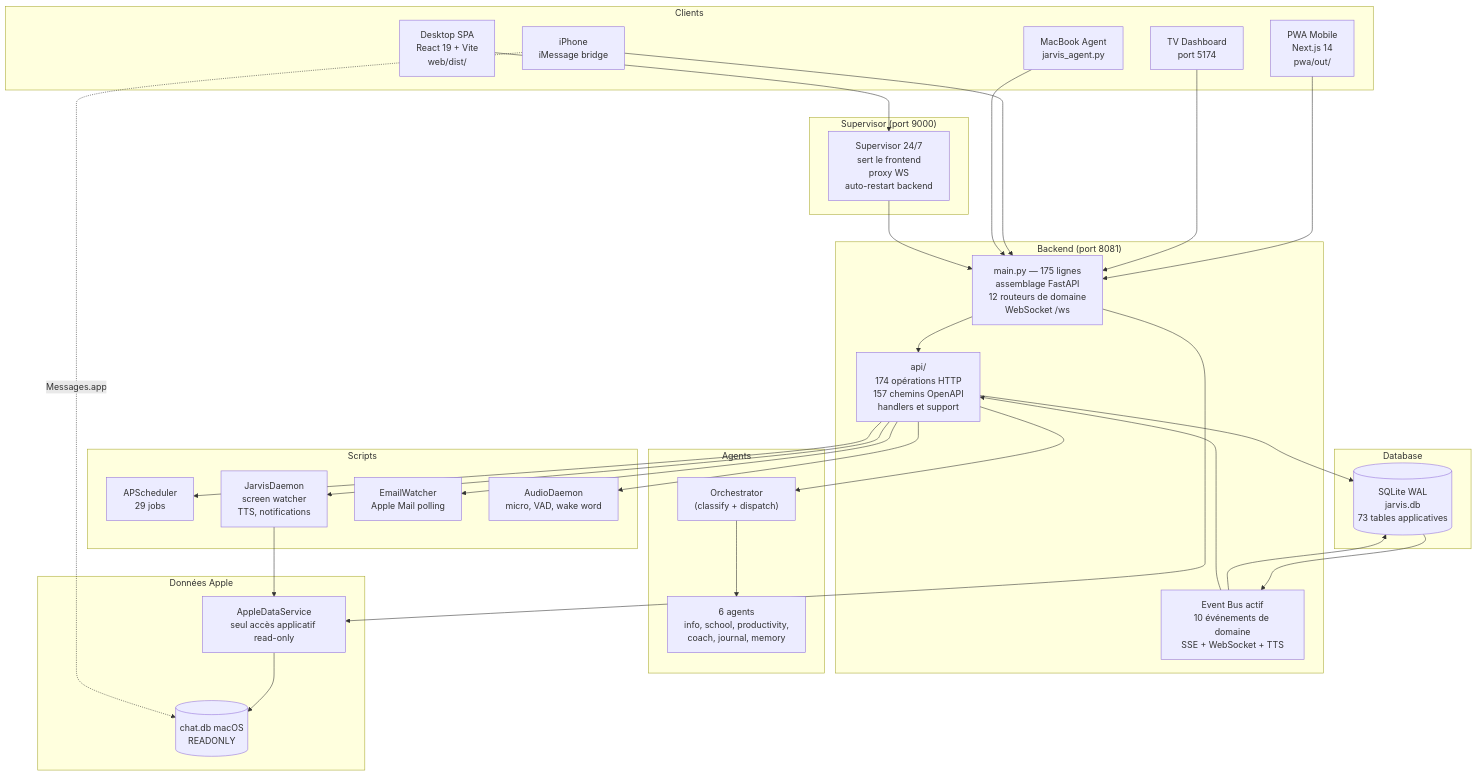
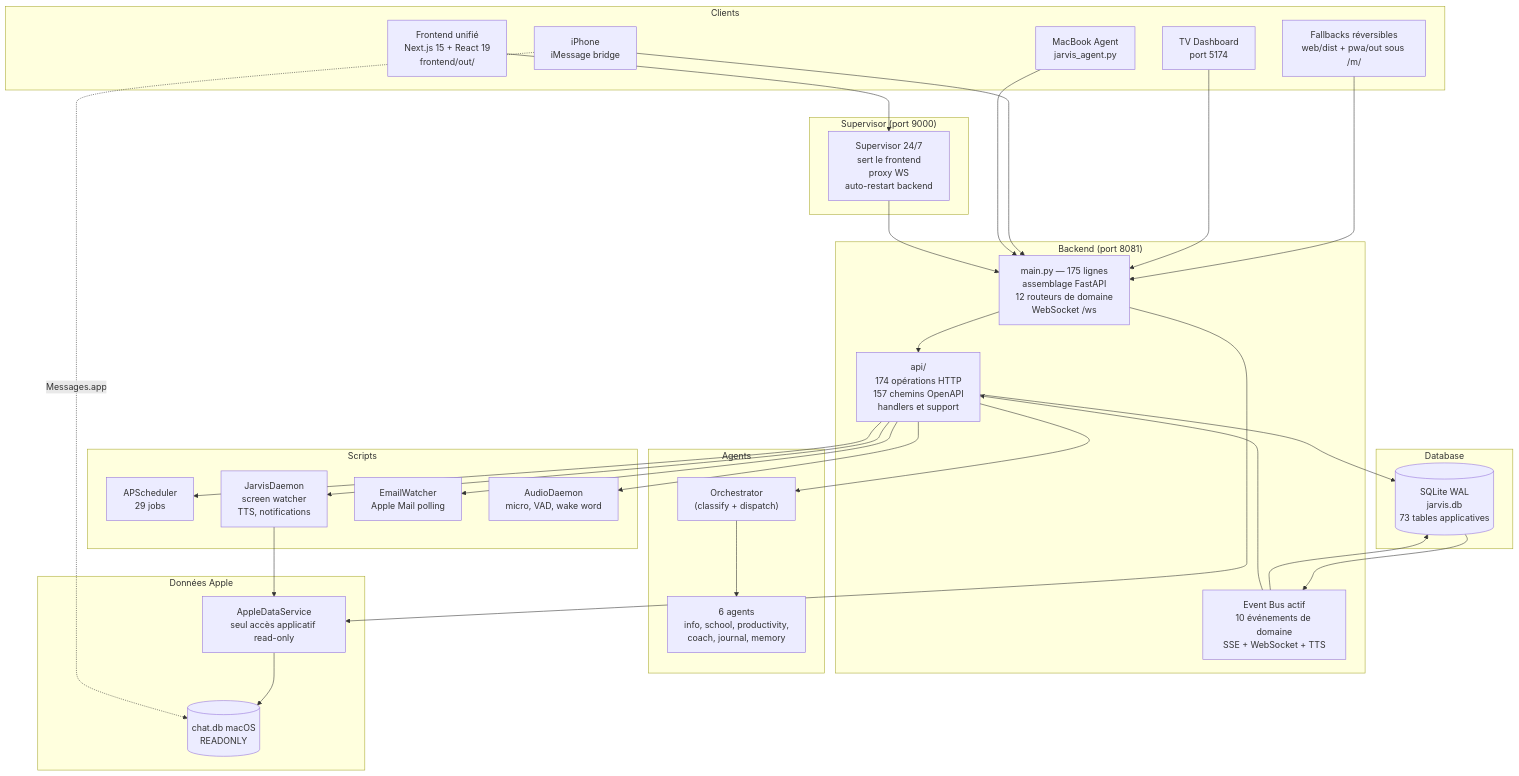
The first of 2 diagrams in Architecture/INDEX.md (AVTAVANTTOUT2/JarvisAPI), drawn with Mermaid before and after one commit. The commit also changed other lines of this file and 16 other files, not shown here.

````diff
--- a/Architecture/INDEX.md
+++ b/Architecture/INDEX.md
@@ -97,63 +101,63 @@
 ```mermaid
 graph TB
     subgraph "Clients"
-        DESKTOP["Desktop SPA<br/>React 19 + Vite<br/>web/dist/"]
-        MOBILE["PWA Mobile<br/>Next.js 14<br/>pwa/out/"]
+        FRONT["Frontend unifié<br/>Next.js 15 + React 19<br/>frontend/out/"]
+        LEGACY["Fallbacks réversibles<br/>web/dist + pwa/out sous /m/"]
         TV["TV Dashboard<br/>port 5174"]
         IMESSAGE["iPhone<br/>iMessage bridge"]
         AGENT["MacBook Agent<br/>jarvis_agent.py"]
     end
 
     subgraph "Supervisor (port 9000)"
         SUP["Supervisor 24/7<br/>sert le frontend<br/>proxy WS<br/>auto-restart backend"]
     end
 
     subgraph "Backend (port 8081)"
         MAIN["main.py — 175 lignes<br/>assemblage FastAPI<br/>12 routeurs de domaine<br/>WebSocket /ws"]
         API["api/<br/>174 opérations HTTP<br/>157 chemins OpenAPI<br/>handlers et support"]
         BUS["Event Bus actif<br/>10 événements de domaine<br/>SSE + WebSocket + TTS"]
     end
 
     subgraph "Agents"
         ORCH["Orchestrator<br/>(classify + dispatch)"]
         AG["6 agents<br/>info, school, productivity,<br/>coach, journal, memory"]
     end
 
     subgraph "Database"
         DB[(SQLite WAL<br/>jarvis.db<br/>73 tables applicatives)]
     end
 
     subgraph "Données Apple"
         APPLE["AppleDataService<br/>seul accès applicatif read-only"]
         CHATDB[(chat.db macOS<br/>READONLY)]
     end
 
     subgraph "Scripts"
         SCHED["APScheduler<br/>29 jobs"]
         DAEMON["JarvisDaemon<br/>screen watcher<br/>TTS, notifications"]
         EMAILW["EmailWatcher<br/>Apple Mail polling"]
         AUDIOD["AudioDaemon<br/>micro, VAD, wake word"]
     end
 
-    DESKTOP --> SUP
-    MOBILE --> MAIN
+    FRONT --> SUP
+    LEGACY --> MAIN
     TV --> MAIN
     IMESSAGE --> MAIN
     AGENT --> MAIN
     SUP --> MAIN
     MAIN --> API
     API --> ORCH
     ORCH --> AG
     API --> DB
     DB --> BUS
     BUS --> DB
     BUS --> API
     API --> SCHED
     API --> DAEMON
     API --> EMAILW
     API --> AUDIOD
     MAIN --> APPLE
     DAEMON --> APPLE
     APPLE --> CHATDB
     IMESSAGE -. "Messages.app" .-> CHATDB
 ```
````
